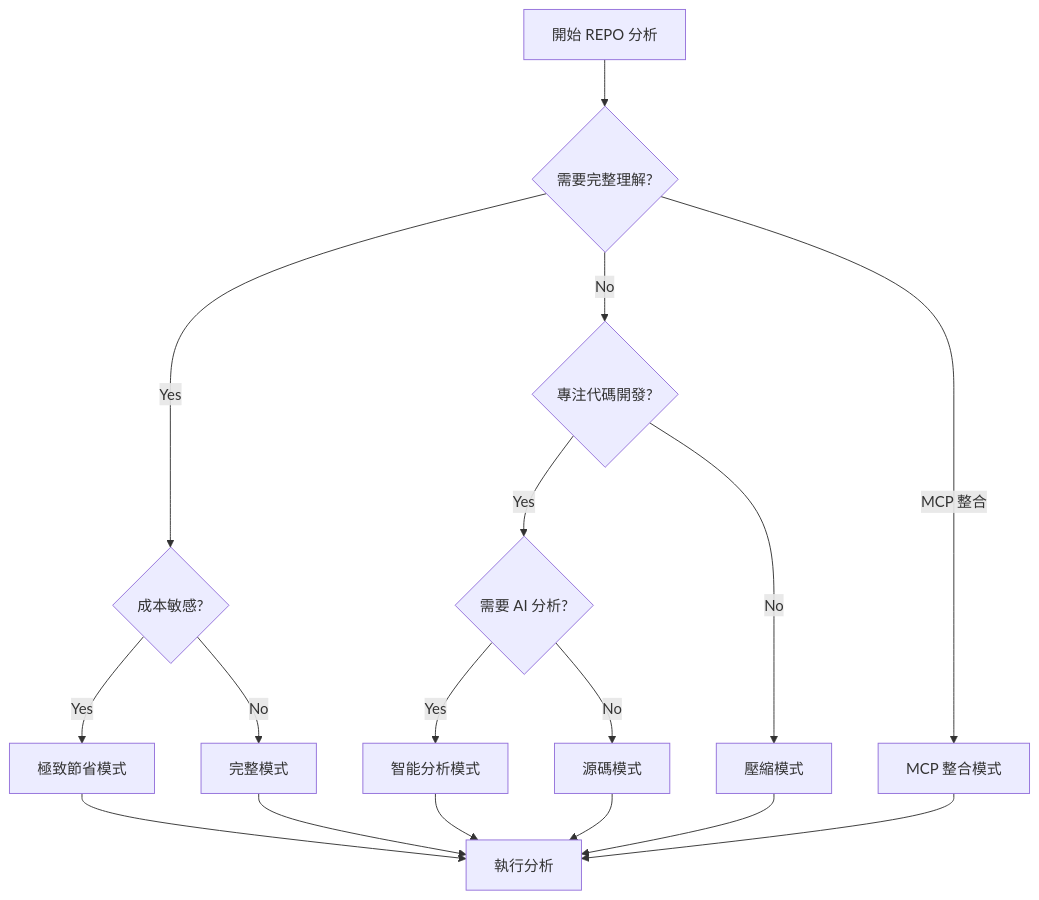
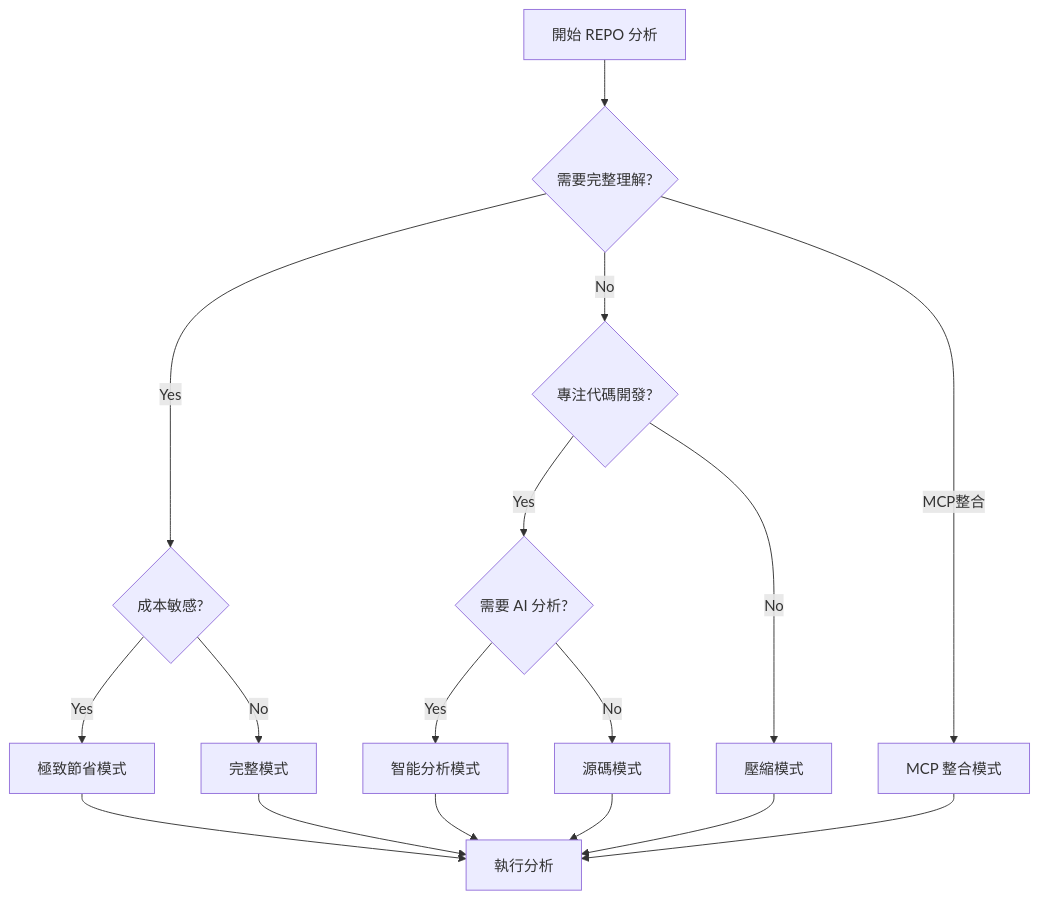
The diagram in .cursor/rules/isolation_rules/Modes/repo-mode-detailed.mdc (7Spade/cursor-memory-bank), drawn with Mermaid before and after one commit. The commit also changed other lines of this file, not shown here.

````diff
--- a/.cursor/rules/isolation_rules/Modes/repo-mode-detailed.mdc
+++ b/.cursor/rules/isolation_rules/Modes/repo-mode-detailed.mdc
@@ -254,24 +44,23 @@
 ```mermaid
 graph TD
     Start["開始 REPO 分析"] --> Q1{"需要完整理解?"}
     Q1 -->|Yes| Q2{"成本敏感?"}
     Q1 -->|No| Q3{"專注代碼開發?"}
+    Q1 -->|MCP整合| MCP["MCP 整合模式"]
     
     Q2 -->|Yes| Minimal["極致節省模式"]
     Q2 -->|No| Complete["完整模式"]
     
     Q3 -->|Yes| Q4{"需要 AI 分析?"}
     Q3 -->|No| Compressed["壓縮模式"]
     
     Q4 -->|Yes| AI["智能分析模式"]
     Q4 -->|No| Source["源碼模式"]
     
-    Q1 -->|MCP 整合| MCP["MCP 整合模式"]
-    
     Complete --> Execute["執行分析"]
     Compressed --> Execute
     Source --> Execute
     Minimal --> Execute
     MCP --> Execute
     AI --> Execute
 ```
````
